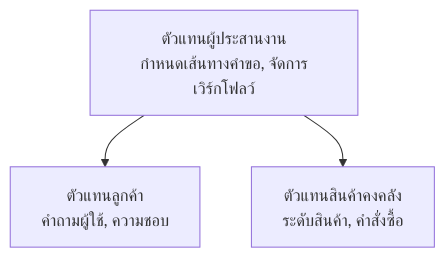
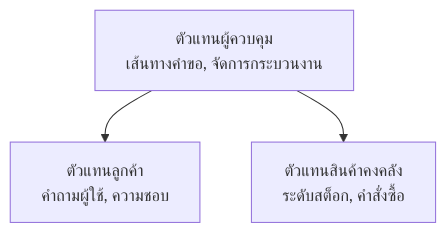
The diagram in translations/th/docs/chapter-05-multi-agent/README.md (microsoft/AZD-for-beginners), drawn with Mermaid before and after one commit. The commit also changed other lines of this file and 59 other files, not shown here.

````diff
--- a/translations/th/docs/chapter-05-multi-agent/README.md
+++ b/translations/th/docs/chapter-05-multi-agent/README.md
@@ -54,5 +54,5 @@
 ```mermaid
 graph TD
-    Orchestrator[ตัวแทนผู้ประสานงาน<br/>กำหนดเส้นทางคำขอ, จัดการเวิร์กโฟลว์] --> Customer[ตัวแทนลูกค้า<br/>คำถามผู้ใช้, ความชอบ]
-    Orchestrator --> Inventory[ตัวแทนสินค้าคงคลัง<br/>ระดับสินค้า, คำสั่งซื้อ]
+    Orchestrator[ตัวแทนผู้ควบคุม<br/>เส้นทางคำขอ, จัดการกระบวนงาน] --> Customer[ตัวแทนลูกค้า<br/>คำถามผู้ใช้, ความชอบ]
+    Orchestrator --> Inventory[ตัวแทนสินค้าคงคลัง<br/>ระดับสต็อก, คำสั่งซื้อ]
 ```
````
